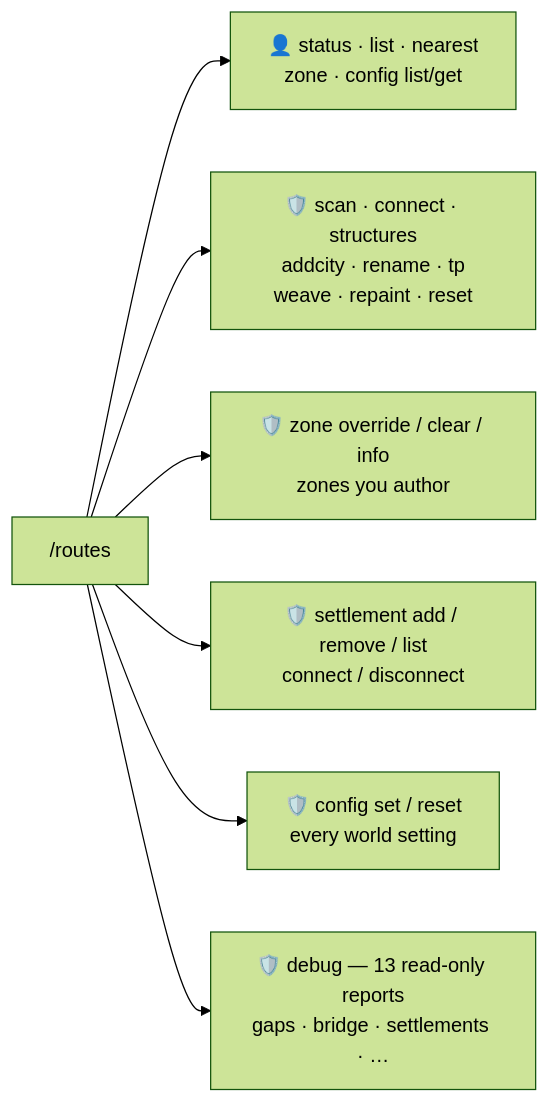
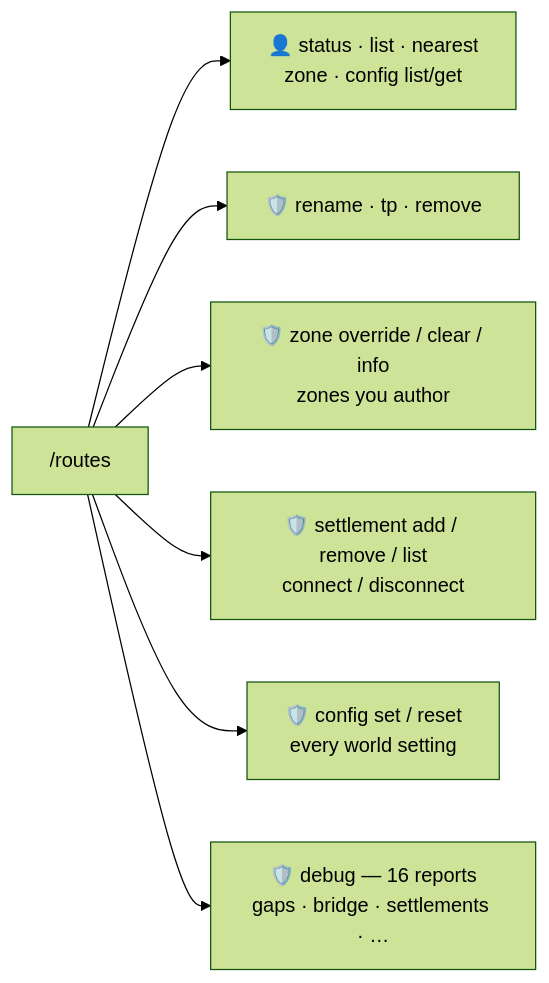
The diagram in docs/routes/commands.md (manucruzleiva/mod-wiki), drawn with Mermaid (forest theme) before and after one commit. The commit also changed other lines of this file and 2 other files, not shown here.

````diff
--- a/docs/routes/commands.md
+++ b/docs/routes/commands.md
@@ -6,9 +6,9 @@
 ```mermaid
 flowchart LR
     R["/routes"] --> RP["👤 status · list · nearest<br/>zone · config list/get"]
-    R --> RO["🛡️ scan · connect · structures<br/>addcity · rename · tp<br/>weave · repaint · reset"]
+    R --> RO["🛡️ rename · tp · remove"]
     R --> RZ["🛡️ zone override / clear / info<br/>zones you author"]
     R --> RS["🛡️ settlement add / remove / list<br/>connect / disconnect"]
     R --> RC["🛡️ config set / reset<br/>every world setting"]
-    R --> RD["🛡️ debug — 13 read-only reports<br/>gaps · bridge · settlements · …"]
+    R --> RD["🛡️ debug — 16 reports<br/>gaps · bridge · settlements · …"]
 ```
````
